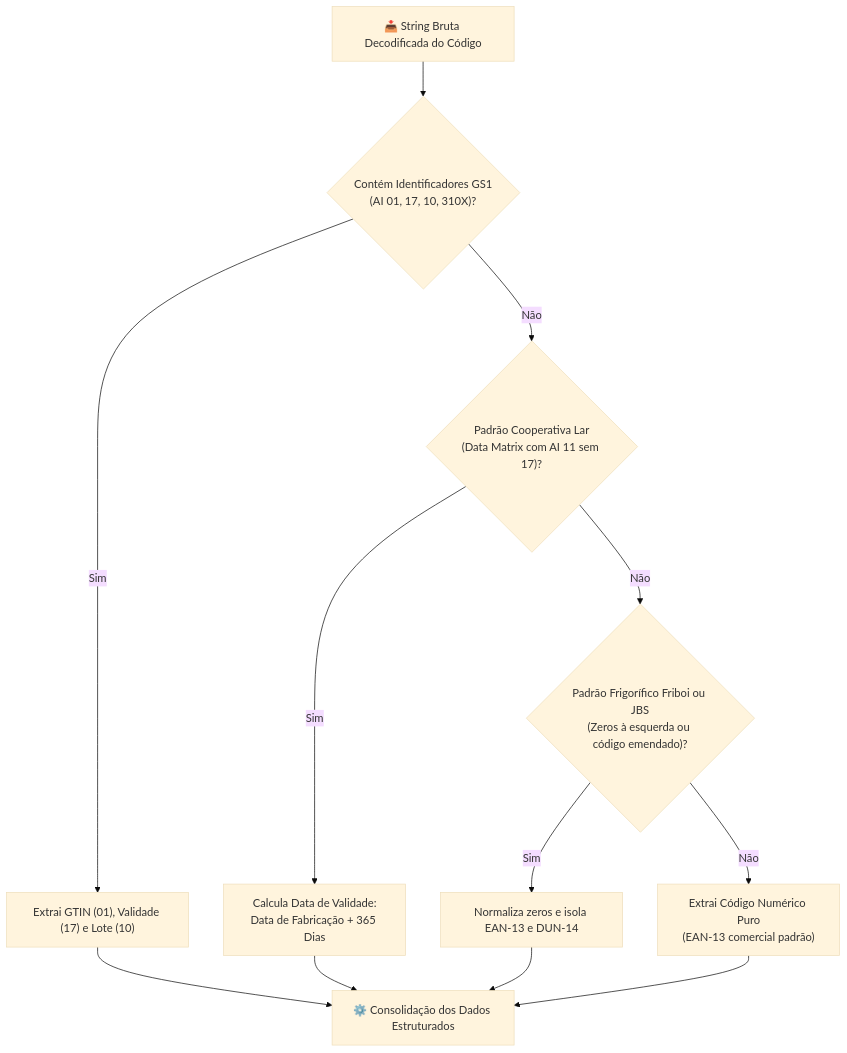
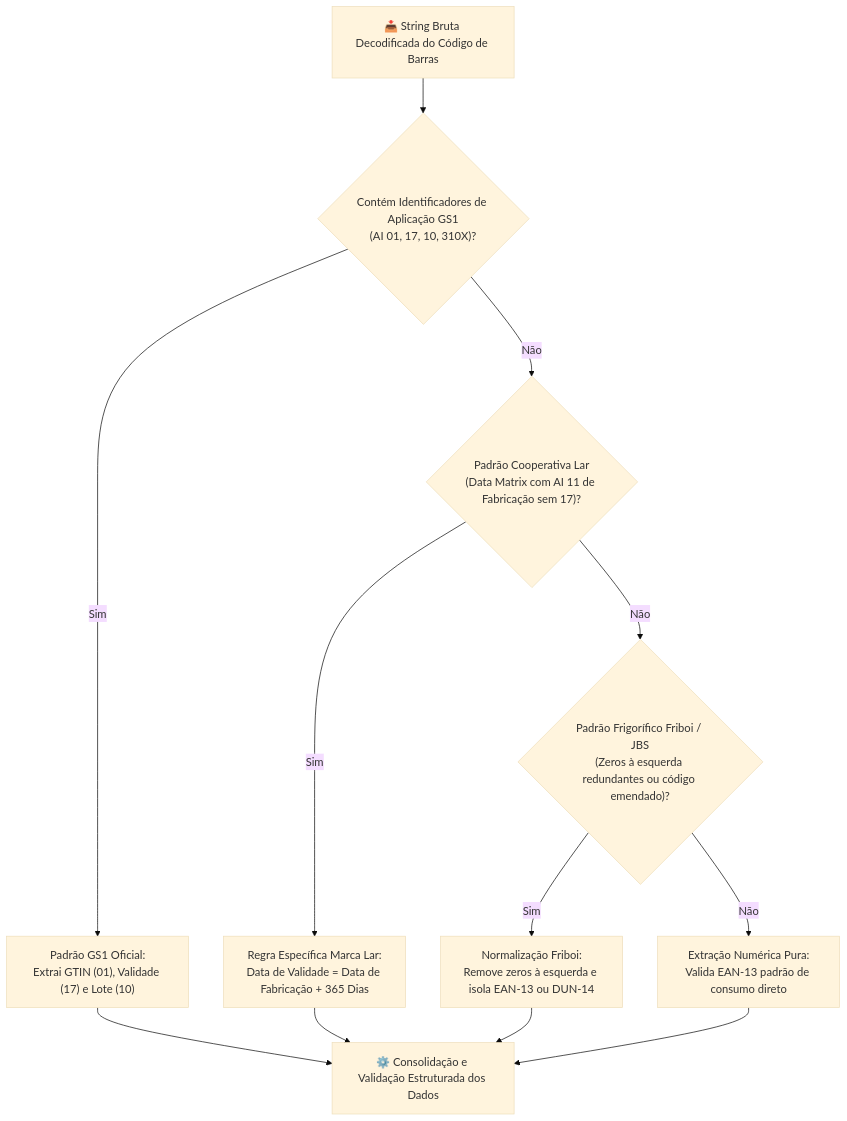
Before and after one commit to NaejBarbosa/paletscan-etl: the second of 2 diagrams in docs/pwa-scanner-regex.md, drawn with Mermaid (base theme). The commit also changed other lines of this file and 5 other files, not shown here.

Commit message:
docs(pwa): atualizar documentação com RLS Supabase, restrição de marcas, RBAC multi-filial e diagramas verticais

````diff
--- a/docs/pwa-scanner-regex.md
+++ b/docs/pwa-scanner-regex.md
@@ -30,23 +34,23 @@
 ```mermaid
 flowchart TD
-    INPUT_STR["📥 String Bruta Decodificada do Código"]
+    INPUT_STR["📥 String Bruta Decodificada do Código de Barras"]
     
-    INPUT_STR --> D1{"Contém Identificadores GS1\n(AI 01, 17, 10, 310X)?"}
+    INPUT_STR --> D1{"Contém Identificadores de Aplicação GS1\n(AI 01, 17, 10, 310X)?"}
     
-    D1 -->|Sim| P_GS1["Extrai GTIN (01), Validade (17) e Lote (10)"]
+    D1 -->|Sim| P_GS1["Padrão GS1 Oficial:\nExtrai GTIN (01), Validade (17) e Lote (10)"]
     
-    D1 -->|Não| D2{"Padrão Cooperativa Lar\n(Data Matrix com AI 11 sem 17)?"}
+    D1 -->|Não| D2{"Padrão Cooperativa Lar\n(Data Matrix com AI 11 de Fabricação sem 17)?"}
     
-    D2 -->|Sim| P_LAR["Calcula Data de Validade:\nData de Fabricação + 365 Dias"]
+    D2 -->|Sim| P_LAR["Regra Específica Marca Lar:\nData de Validade = Data de Fabricação + 365 Dias"]
     
-    D2 -->|Não| D3{"Padrão Frigorífico Friboi ou JBS\n(Zeros à esquerda ou código emendado)?"}
+    D2 -->|Não| D3{"Padrão Frigorífico Friboi / JBS\n(Zeros à esquerda redundantes ou código emendado)?"}
     
-    D3 -->|Sim| P_FRIBOI["Normaliza zeros e isola EAN-13 e DUN-14"]
+    D3 -->|Sim| P_FRIBOI["Normalização Friboi:\nRemove zeros à esquerda e isola EAN-13 ou DUN-14"]
     
-    D3 -->|Não| P_DIRECT["Extrai Código Numérico Puro\n(EAN-13 comercial padrão)"]
+    D3 -->|Não| P_DIRECT["Extração Numérica Pura:\nValida EAN-13 padrão de consumo direto"]
     
-    P_GS1 --> MERGE_REGEX["⚙️ Consolidação dos Dados Estruturados"]
+    P_GS1 --> MERGE_REGEX["⚙️ Consolidação e Validação Estruturada dos Dados"]
     P_LAR --> MERGE_REGEX
     P_FRIBOI --> MERGE_REGEX
     P_DIRECT --> MERGE_REGEX
 ```
````
